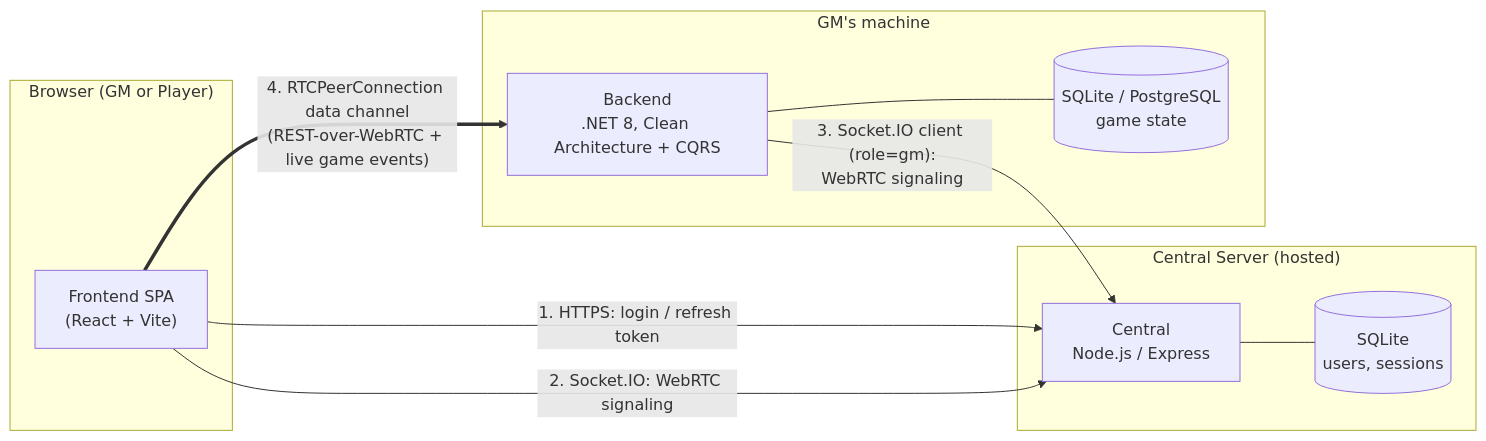
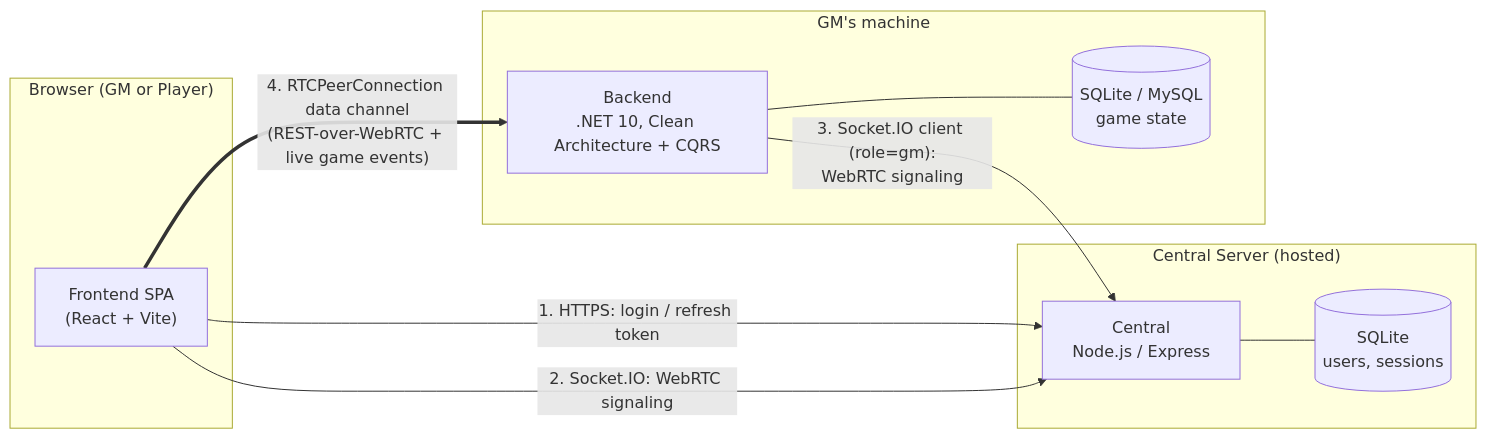
The first of 2 diagrams in README.md (haffff/NordvikManager), drawn with Mermaid before and after one commit. The commit also changed other lines of this file, not shown here.

First line of the commit message:
README: feature list; .NET 10 and SQLite/MySQL

````diff
--- a/README.md
+++ b/README.md
@@ -48,23 +60,23 @@
 ```mermaid
 flowchart LR
     subgraph Browser["Browser (GM or Player)"]
         FE["Frontend SPA\n(React + Vite)"]
     end
 
     subgraph Hosted["Central Server (hosted)"]
         Central["Central\nNode.js / Express"]
         CentralDB[("SQLite\nusers, sessions")]
         Central --- CentralDB
     end
 
     subgraph GMHost["GM's machine"]
-        Backend["Backend\n.NET 8, Clean Architecture + CQRS"]
-        BackendDB[("SQLite / PostgreSQL\ngame state")]
+        Backend["Backend\n.NET 10, Clean Architecture + CQRS"]
+        BackendDB[("SQLite / MySQL\ngame state")]
         Backend --- BackendDB
     end
 
     FE -- "1. HTTPS: login / refresh token" --> Central
     FE -- "2. Socket.IO: WebRTC signaling" --> Central
     Backend -- "3. Socket.IO client (role=gm):\nWebRTC signaling" --> Central
     FE == "4. RTCPeerConnection data channel\n(REST-over-WebRTC + live game events)" ==> Backend
 ```
````
